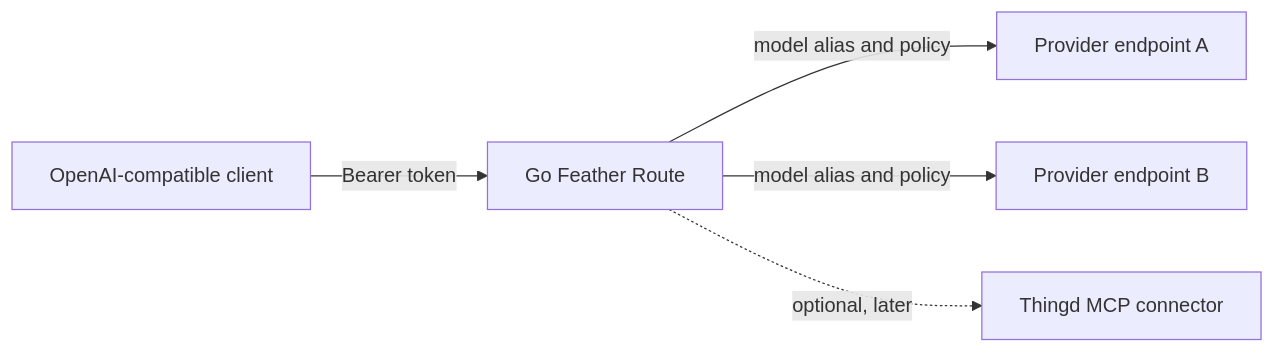
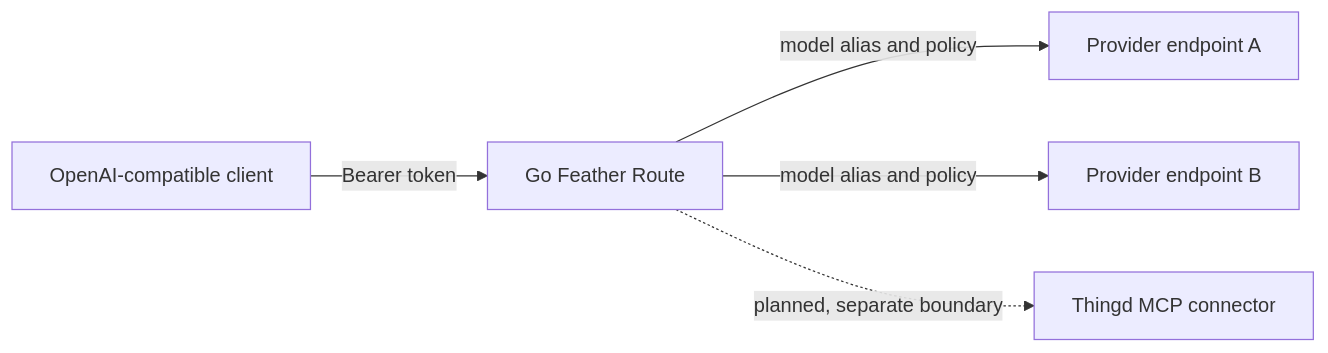
Before and after one commit to sayanmohsin/go-feather-route: the diagram in README.md, drawn with Mermaid. The commit also changed other lines of this file and 29 other files, not shown here.

````diff
--- a/README.md
+++ b/README.md
@@ -35,7 +37,7 @@
 ```mermaid
 flowchart LR
     client[OpenAI-compatible client] -->|Bearer token| router[Go Feather Route]
     router -->|model alias and policy| providerA[Provider endpoint A]
     router -->|model alias and policy| providerB[Provider endpoint B]
-    router -. optional, later .-> mcp[Thingd MCP connector]
+    router -. planned, separate boundary .-> mcp[Thingd MCP connector]
 ```
````
